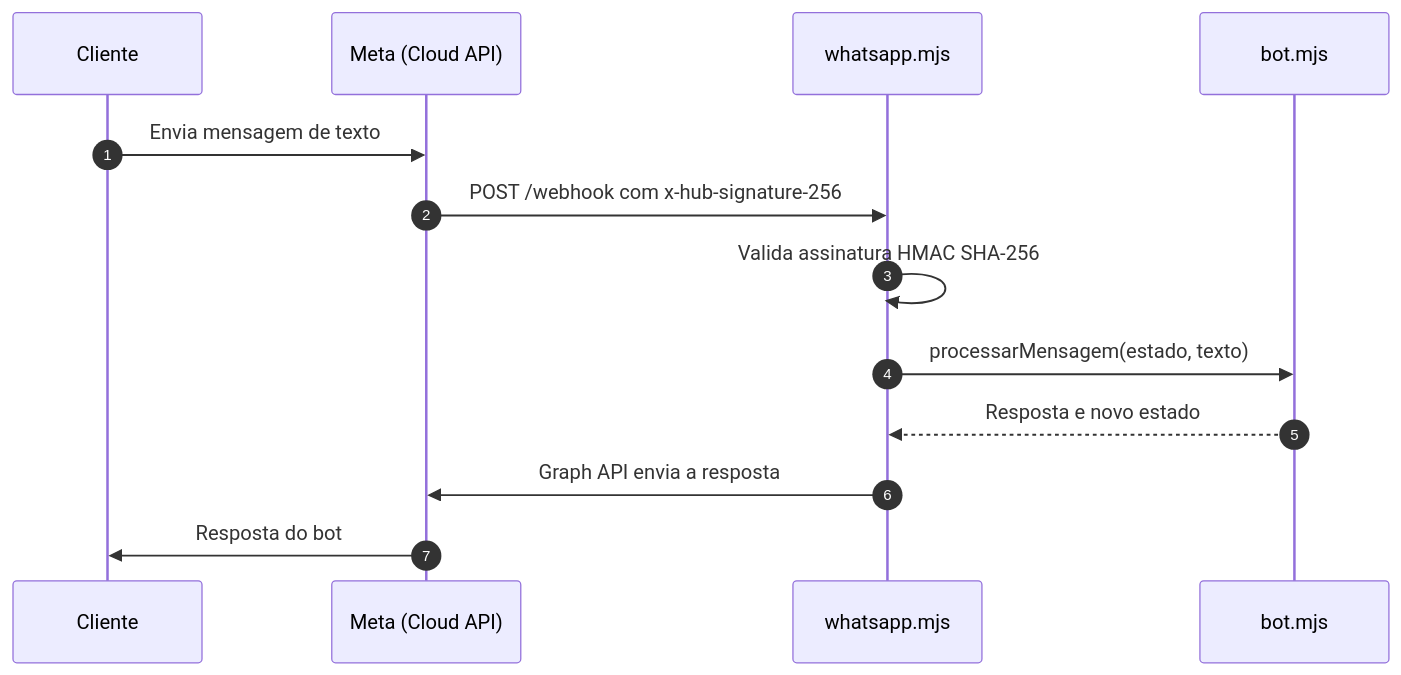
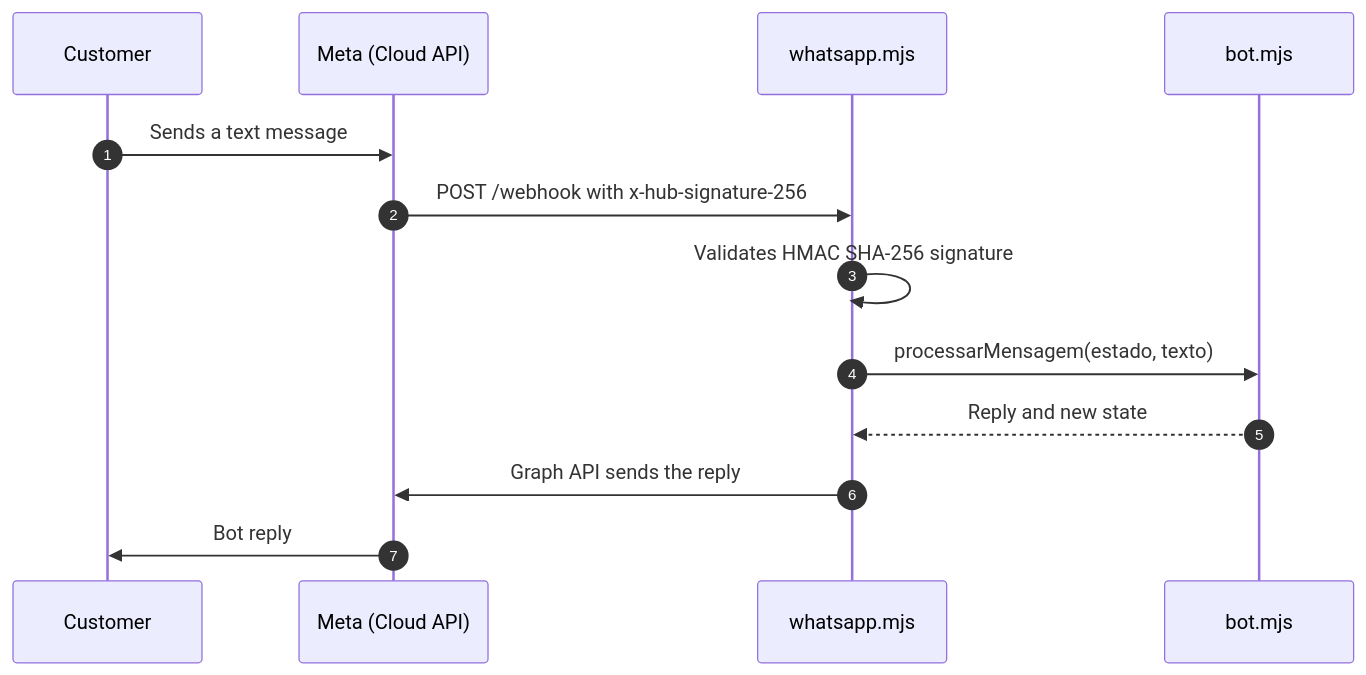
One commit to jcesarmph-ui/conserta-facil changed the third of 4 diagrams in README.md. Above: the diagram before and after it, drawn with Mermaid. The commit also changed other lines of this file and 1 other file, not shown here.

First line of the commit message:
Adiciona README em inglês com seletor de idioma

````diff
--- a/README.md
+++ b/README.md
@@ -138,15 +152,15 @@
 ```mermaid
 sequenceDiagram
     autonumber
-    participant C as Cliente
+    participant C as Customer
     participant M as Meta (Cloud API)
     participant W as whatsapp.mjs
     participant B as bot.mjs
-    C->>M: Envia mensagem de texto
-    M->>W: POST /webhook com x-hub-signature-256
-    W->>W: Valida assinatura HMAC SHA-256
+    C->>M: Sends a text message
+    M->>W: POST /webhook with x-hub-signature-256
+    W->>W: Validates HMAC SHA-256 signature
     W->>B: processarMensagem(estado, texto)
-    B-->>W: Resposta e novo estado
-    W->>M: Graph API envia a resposta
-    M->>C: Resposta do bot
+    B-->>W: Reply and new state
+    W->>M: Graph API sends the reply
+    M->>C: Bot reply
 ```
````
